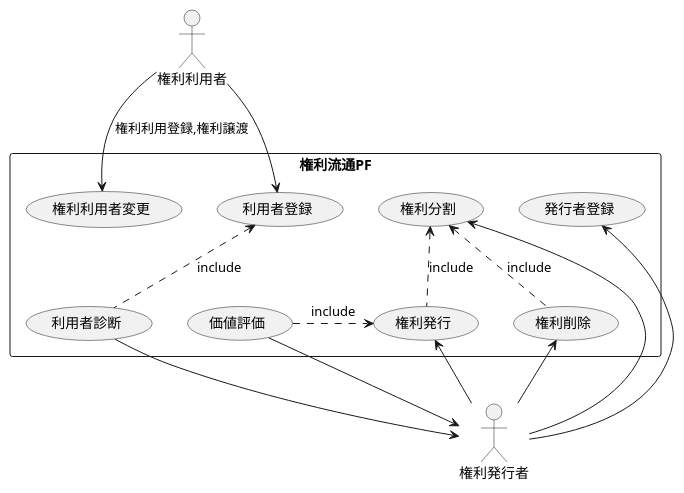
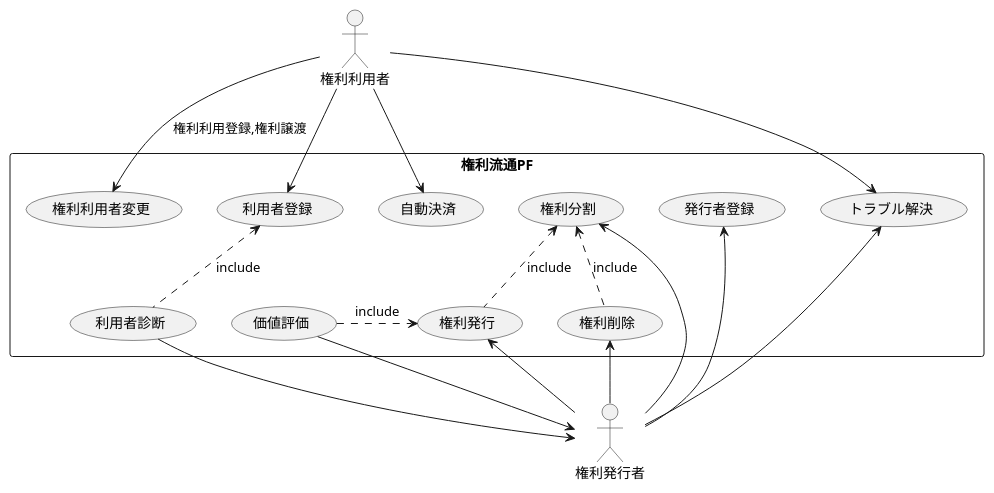
Before and after one commit to pieda2006/TestCore: the first of 6 diagrams in Sharing_PF.md, drawn with PlantUML. The commit also changed other lines of this file, not shown here.

````diff
--- a/Sharing_PF.md
+++ b/Sharing_PF.md
@@ -5,34 +5,39 @@
 ```plantuml
 
 @startuml
 skinparam componentStyle uml2
 
 actor 権利発行者
 actor 権利利用者
 
 rectangle 権利流通PF  {
   usecase 権利発行
   usecase 権利利用者変更
   usecase 権利分割
   usecase 権利削除
   usecase 利用者登録
   usecase 利用者診断
   usecase 価値評価
   usecase 発行者登録
+  usecase トラブル解決
+  usecase 自動決済
 }
 
 権利発行 <-- 権利発行者
 権利削除 <-- 権利発行者
 利用者診断 -> 権利発行者
 権利利用者 --> 権利利用者変更 : 権利利用登録,権利譲渡
 権利発行者 --> 権利分割
 権利利用者 --> 利用者登録
 利用者登録 <.. 利用者診断 : include
 権利分割 <.. 権利発行 : include
 権利分割 <.. 権利削除 : include
 価値評価 .> 権利発行 : include
 価値評価 -> 権利発行者
 発行者登録 <- 権利発行者
+トラブル解決 <-- 権利利用者
+トラブル解決 <-- 権利発行者
+権利利用者 --> 自動決済
 @enduml
 
 ```
````
